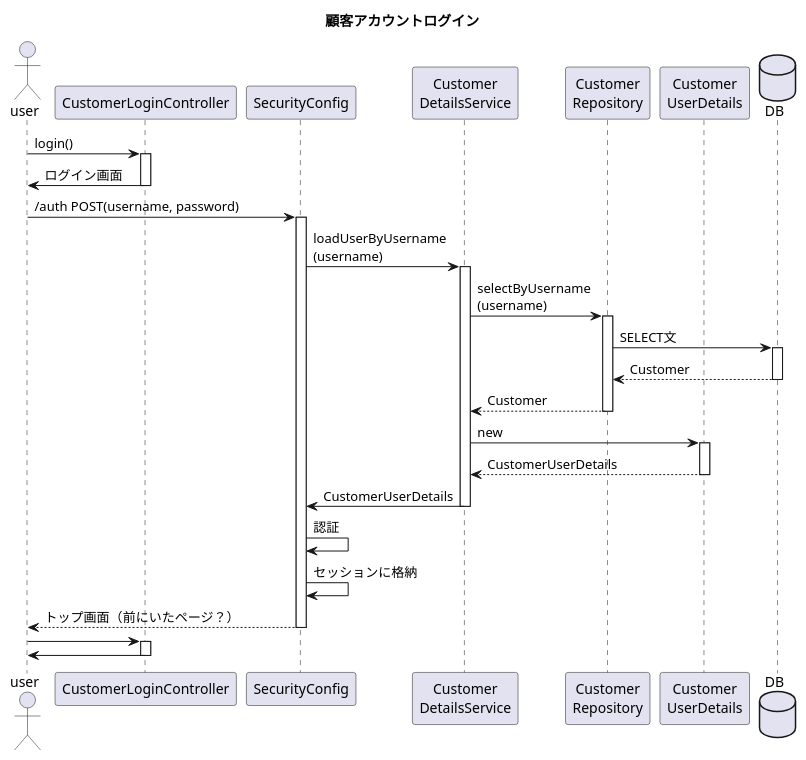
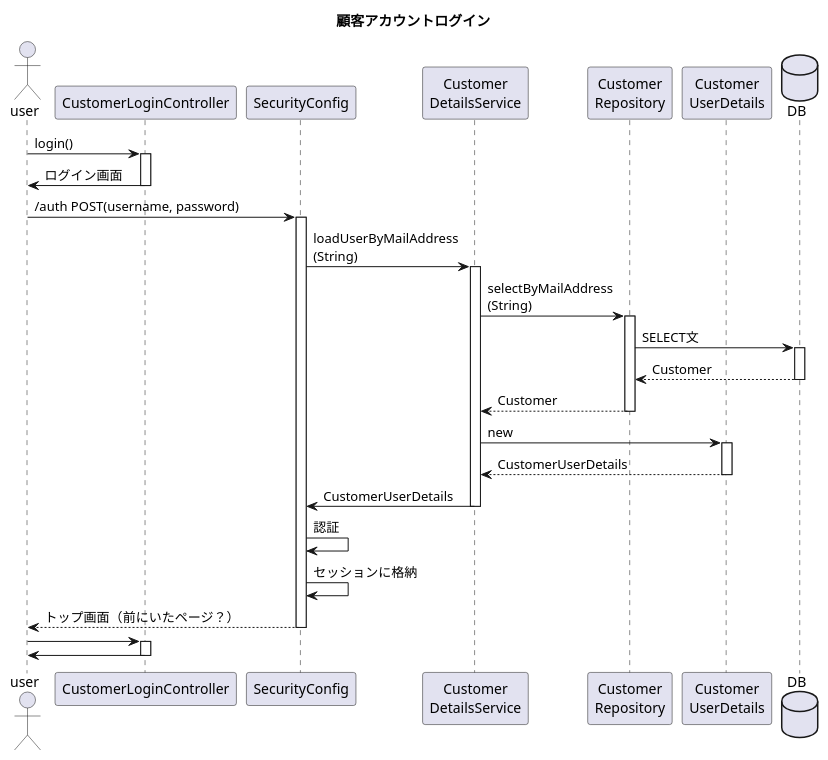
One commit to kanavii3333/ec-b changed the diagram in plan/uml/sequence/2/uc002.plantuml. Above: the diagram before and after it, drawn with PlantUML. The commit also changed 12 other files, not shown here.

Commit message:
次工程クラス図等

```diff
--- a/plan/uml/sequence/2/uc002.plantuml
+++ b/plan/uml/sequence/2/uc002.plantuml
@@ -1,28 +1,28 @@
 @startuml
 title 顧客アカウントログイン
 actor user
 participant "CustomerLoginController" as controller
 participant "SecurityConfig" as security
 participant "Customer\nDetailsService" as service
 participant "Customer\nRepository" as repository
 participant "Customer\nUserDetails" as details
 database DB as db
 
 user -> controller++:login()
 controller -> user--:ログイン画面
 user -> security++:/auth POST(username, password)
-security -> service++:loadUserByUsername\n(username)
-service -> repository++:selectByUsername\n(username)
+security -> service++:loadUserByMailAddress\n(String)
+service -> repository++:selectByMailAddress\n(String)
 repository -> db++:SELECT文
 db --> repository--:Customer
 repository --> service--:Customer
 service -> details++:new
 details --> service--:CustomerUserDetails
 service -> security--:CustomerUserDetails
 security -> security:認証
 security -> security:セッションに格納
 security --> user--:トップ画面（前にいたページ？）
 user -> controller++:
 controller -> user--:
 
 @enduml
```
